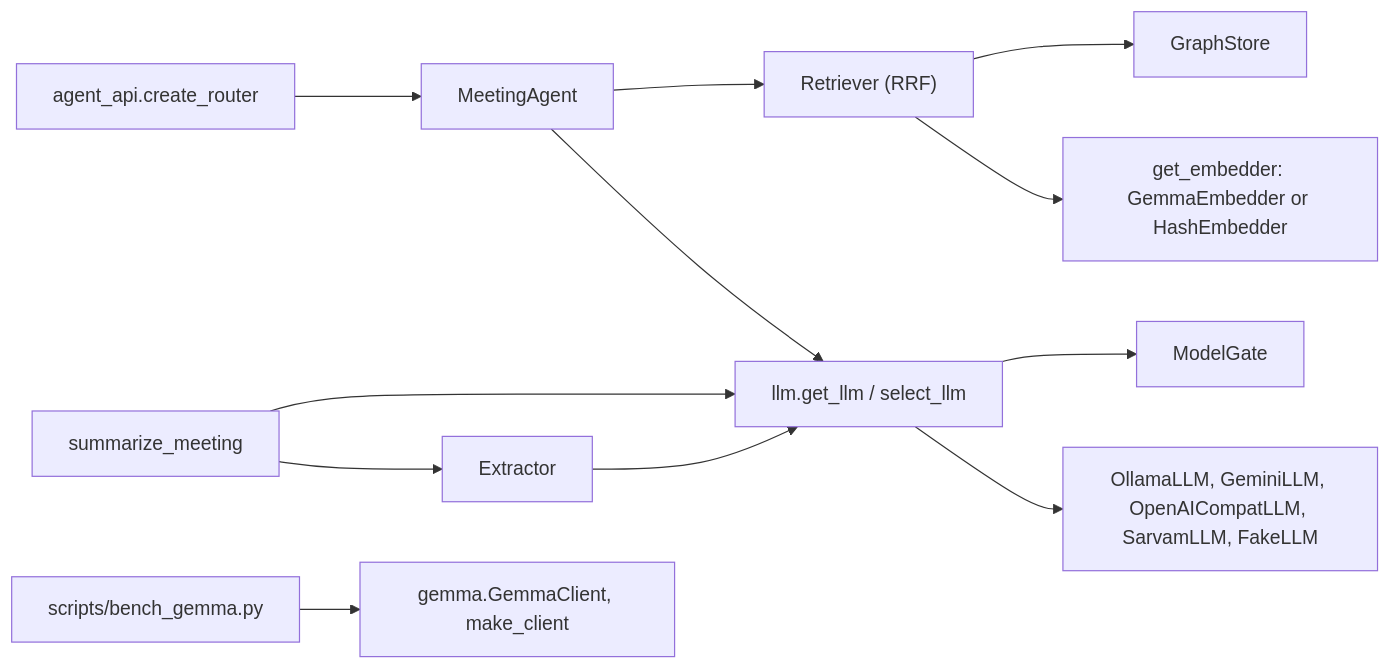
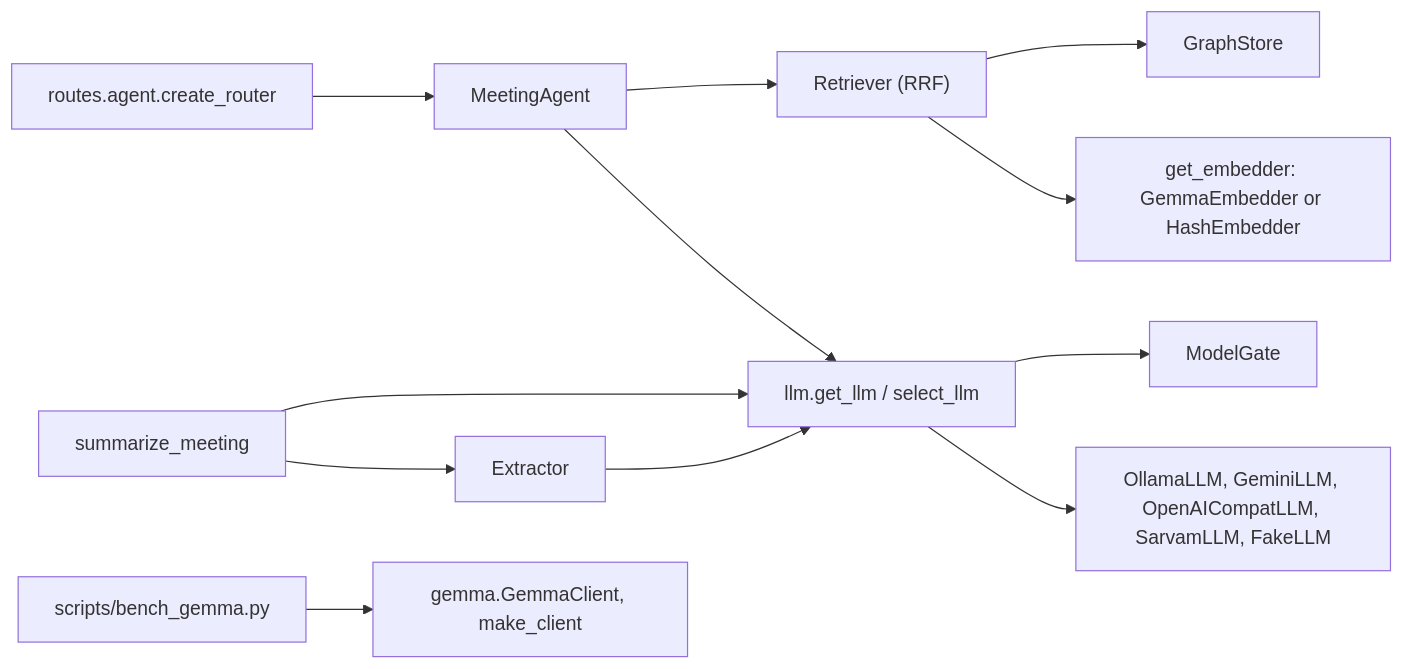
The third of 6 diagrams in docs/architecture/README.md (PDGamerSG/On-Record), drawn with Mermaid before and after one commit. The commit also changed other lines of this file and 21 other files, not shown here.

````diff
--- a/docs/architecture/README.md
+++ b/docs/architecture/README.md
@@ -142,16 +142,16 @@
 ```mermaid
 flowchart LR
-  agentapi["agent_api.create_router"] --> agent["MeetingAgent"]
+  agentapi["routes.agent.create_router"] --> agent["MeetingAgent"]
   agent --> retr["Retriever (RRF)"]
   agent --> llm["llm.get_llm / select_llm"]
   extr["Extractor"] --> llm
   summ["summarize_meeting"] --> llm
   summ --> extr
   llm --> gate["ModelGate"]
   llm --> prov["OllamaLLM, GeminiLLM, OpenAICompatLLM, SarvamLLM, FakeLLM"]
   retr --> store["GraphStore"]
   emb["get_embedder: GemmaEmbedder or HashEmbedder"]
   retr --> emb
   gemma["gemma.GemmaClient, make_client"]
   bench["scripts/bench_gemma.py"] --> gemma
 ```
````
